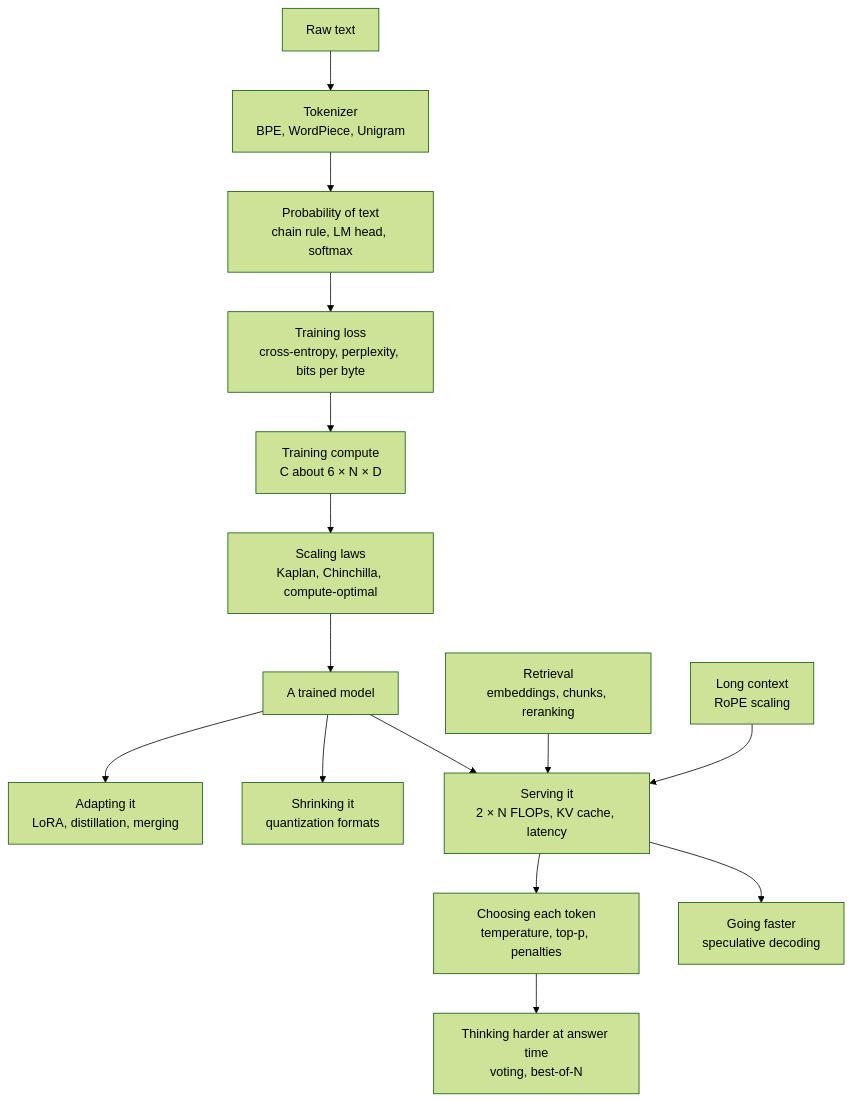
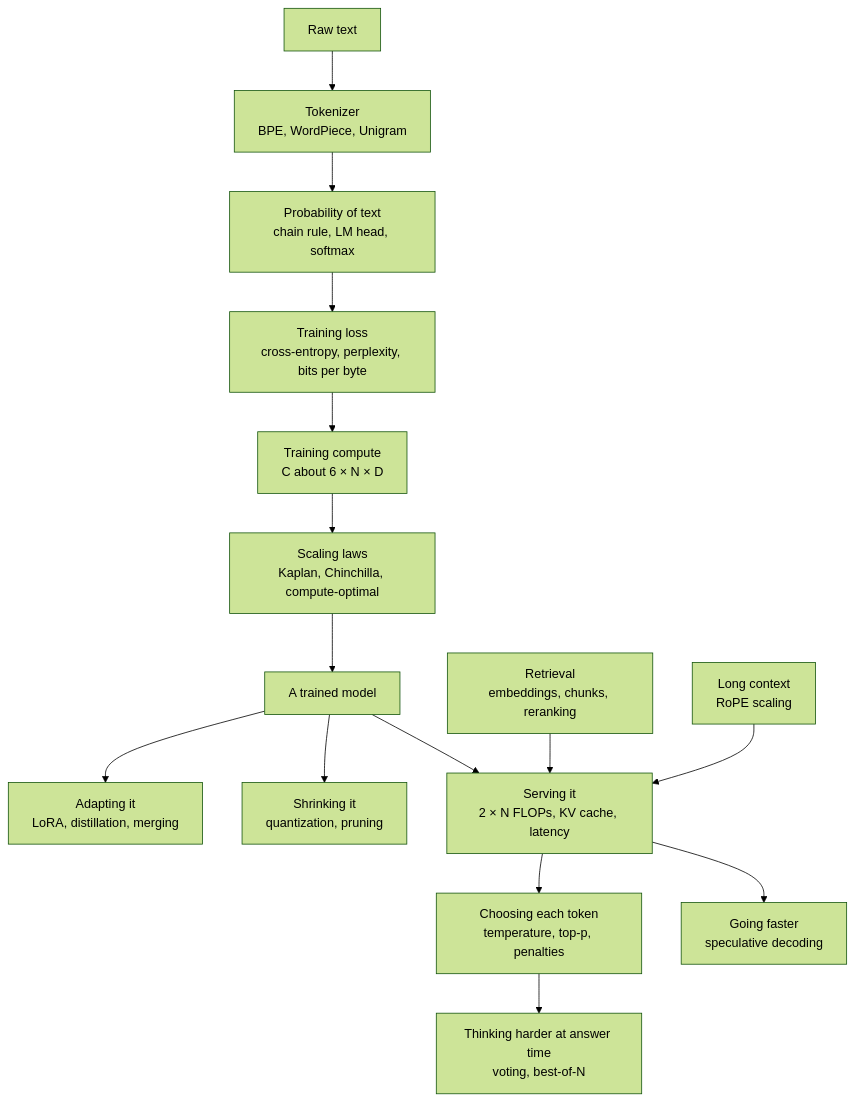
One commit to mcichael1-eng/Leash-Holder-2 changed the first of 2 diagrams in ai-book/planning/equations/llm.md. Above: the diagram before and after it, drawn with Mermaid (forest theme). The commit also changed other lines of this file and 8 other files, not shown here.

````diff
--- a/ai-book/planning/equations/llm.md
+++ b/ai-book/planning/equations/llm.md
@@ -5,17 +5,17 @@
 ```mermaid
 flowchart TD
     A["Raw text"] --> B["Tokenizer<br/>BPE, WordPiece, Unigram"]
     B --> C["Probability of text<br/>chain rule, LM head, softmax"]
     C --> D["Training loss<br/>cross-entropy, perplexity, bits per byte"]
     D --> E["Training compute<br/>C about 6 × N × D"]
     E --> F["Scaling laws<br/>Kaplan, Chinchilla, compute-optimal"]
     F --> G["A trained model"]
     G --> H["Adapting it<br/>LoRA, distillation, merging"]
-    G --> I["Shrinking it<br/>quantization formats"]
+    G --> I["Shrinking it<br/>quantization, pruning"]
     G --> J["Serving it<br/>2 × N FLOPs, KV cache, latency"]
     J --> K["Choosing each token<br/>temperature, top-p, penalties"]
     J --> L["Going faster<br/>speculative decoding"]
     M["Retrieval<br/>embeddings, chunks, reranking"] --> J
     O["Long context<br/>RoPE scaling"] --> J
     K --> N["Thinking harder at answer time<br/>voting, best-of-N"]
 ```
````
